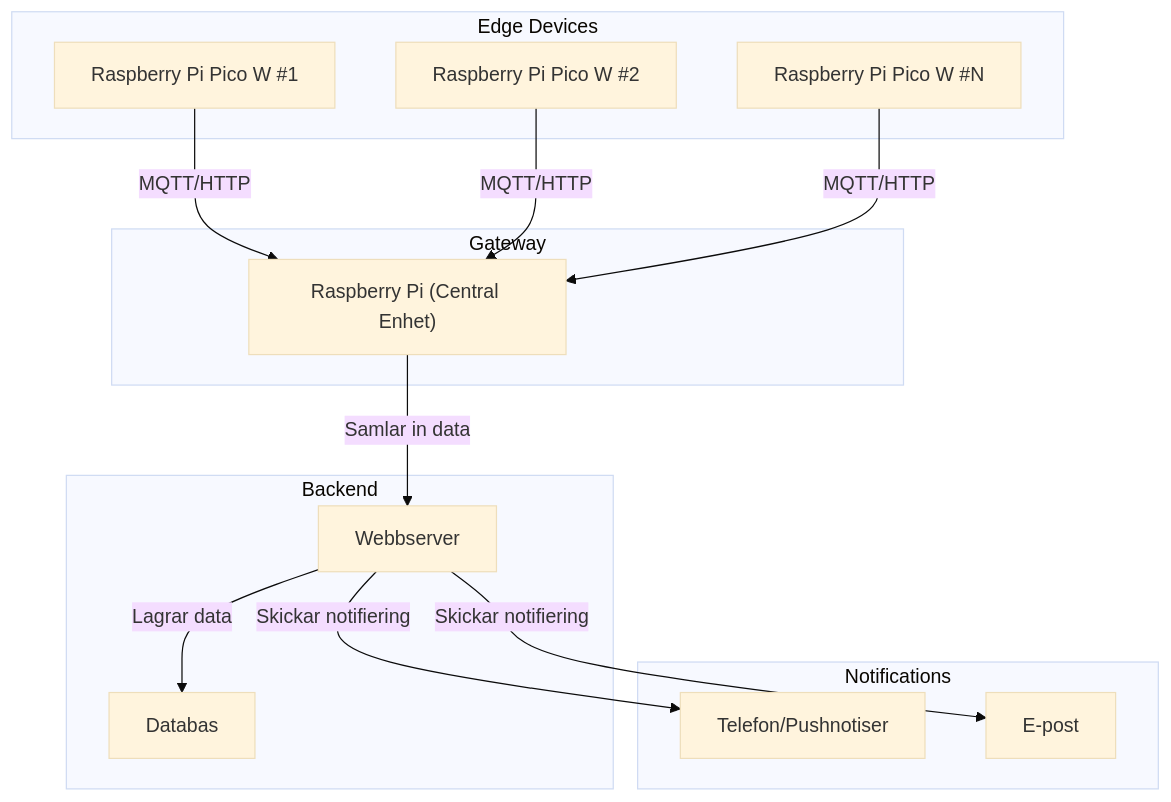
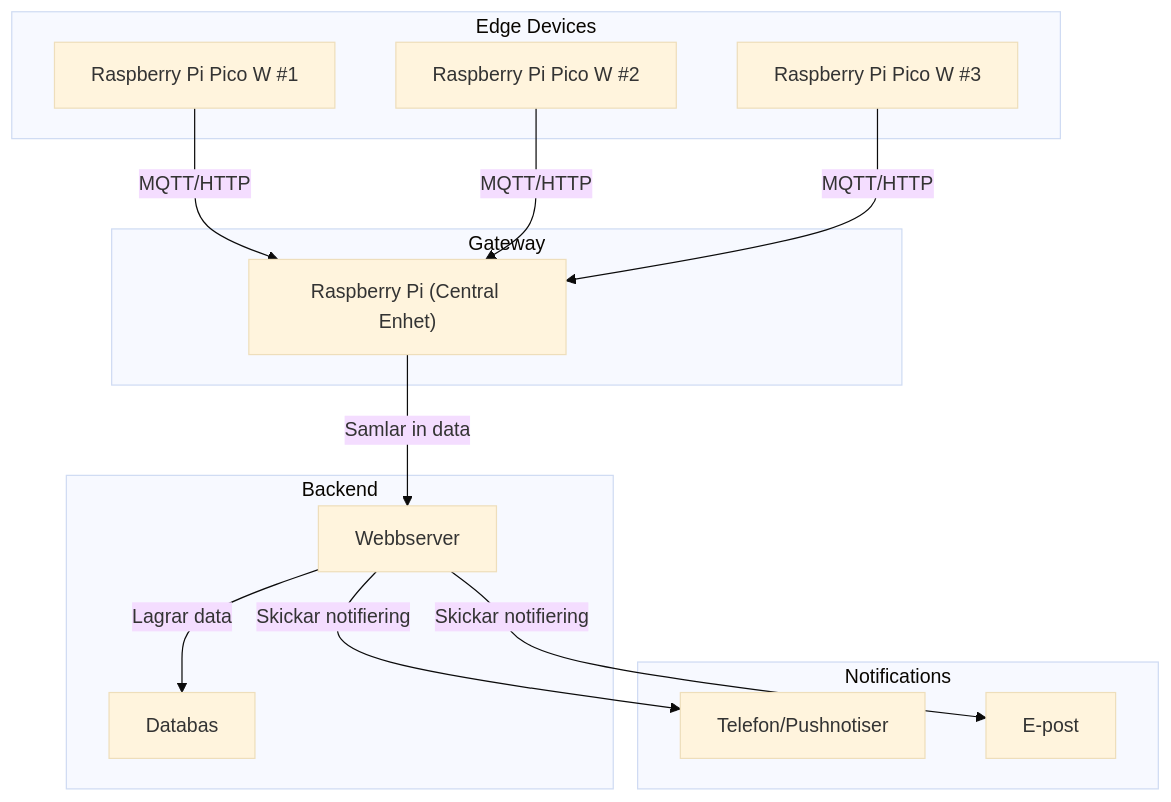
The diagram in README.md (PhilipSamuelsson/hemlarm), drawn with Mermaid (base theme) before and after one commit.

````diff
--- a/README.md
+++ b/README.md
@@ -1,31 +1,31 @@
 ```mermaid
 graph TD
     subgraph Edge Devices
         P1[Raspberry Pi Pico W #1]
         P2[Raspberry Pi Pico W #2]
-        Pn[Raspberry Pi Pico W #N]
+        Pn[Raspberry Pi Pico W #3]
     end
     
     subgraph Gateway
         RP["Raspberry Pi (Central Enhet)"]
     end
     
     subgraph Backend
         Server[Webbserver]
         DB[Databas]
     end
     
     subgraph Notifications
         Phone[Telefon/Pushnotiser]
         Email[E-post]
     end
 
     %% Connections
     P1 -->|MQTT/HTTP| RP
     P2 -->|MQTT/HTTP| RP
     Pn -->|MQTT/HTTP| RP
     RP -->|Samlar in data| Server
     Server -->|Lagrar data| DB
     Server -->|Skickar notifiering| Phone
     Server -->|Skickar notifiering| Email
 ```
````
